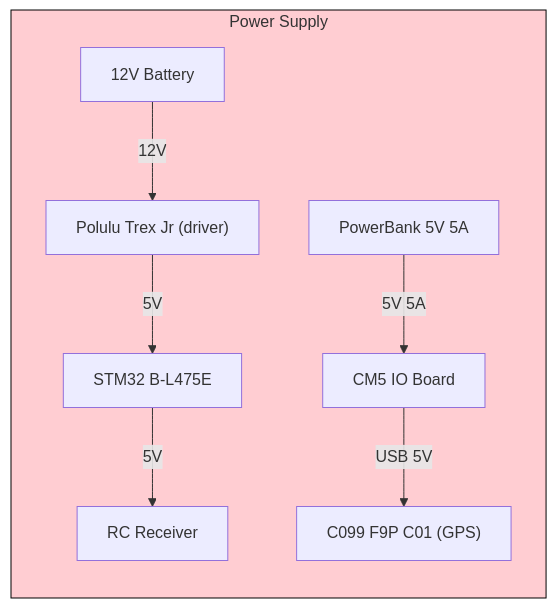
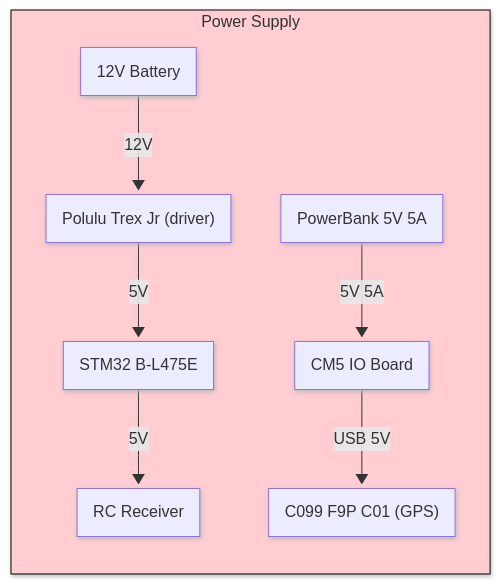
One commit to HDieTox/Ros2_Rover changed the first of 2 diagrams in readme.md. Above: the diagram before and after it, drawn with Mermaid. The commit also changed other lines of this file, not shown here.

````diff
--- a/readme.md
+++ b/readme.md
@@ -23,20 +23,26 @@
 ```mermaid
+---
+config:
+  theme: default
+  layout: dagre
+  look: neo
+---
 flowchart BT
   subgraph subGraph0["Power Supply"]
     Battery12V["12V Battery"]
     TrexJr["Polulu Trex Jr (driver)"]
     STM32Power["STM32 B-L475E"]
     ReceiverRC["RC Receiver"]
     PowerBank5V["PowerBank 5V 5A"]
     CM5_IOBoard["CM5 IO Board"]
     C099F9PPower["C099 F9P C01 (GPS)"]
   end
 
   Battery12V -- 12V --> TrexJr
   TrexJr -- 5V --> STM32Power
   STM32Power -- 5V --> ReceiverRC
   PowerBank5V -- 5V 5A --> CM5_IOBoard
   CM5_IOBoard -- USB 5V --> C099F9PPower
 
   style subGraph0 fill:#FFCDD2,stroke:#000000
 ```
````
